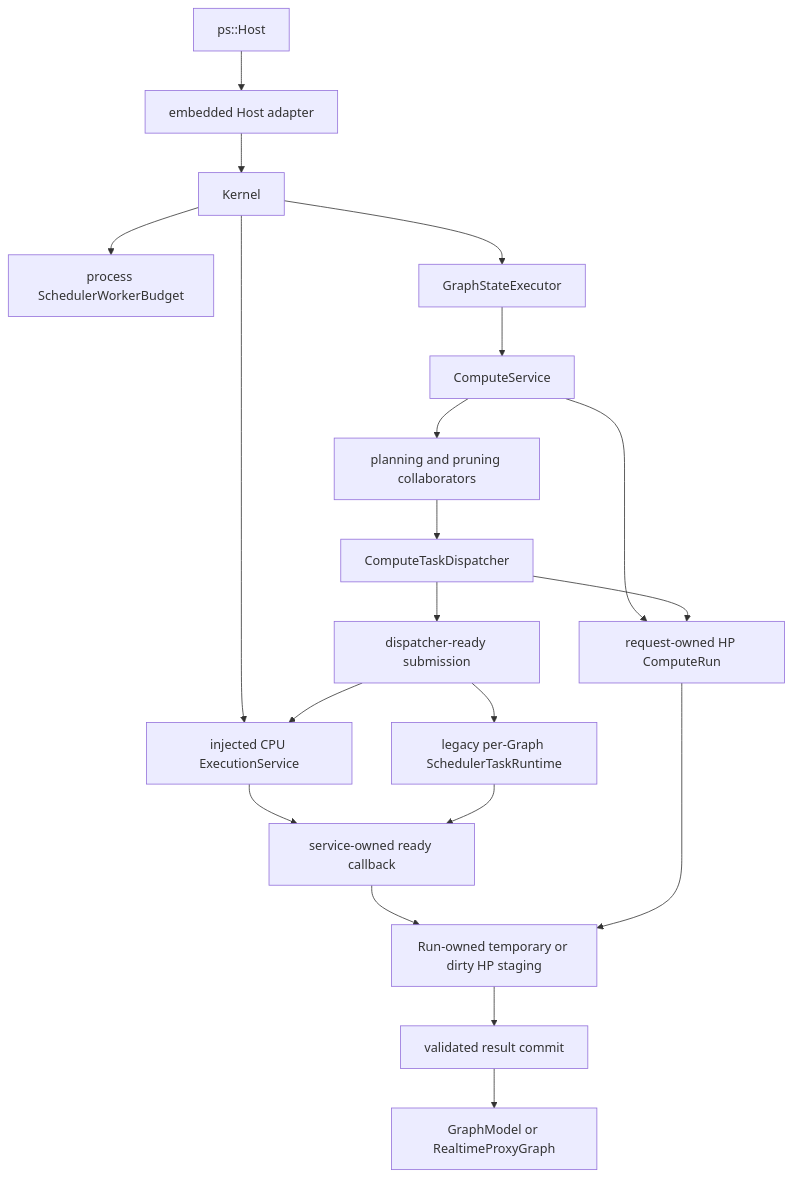
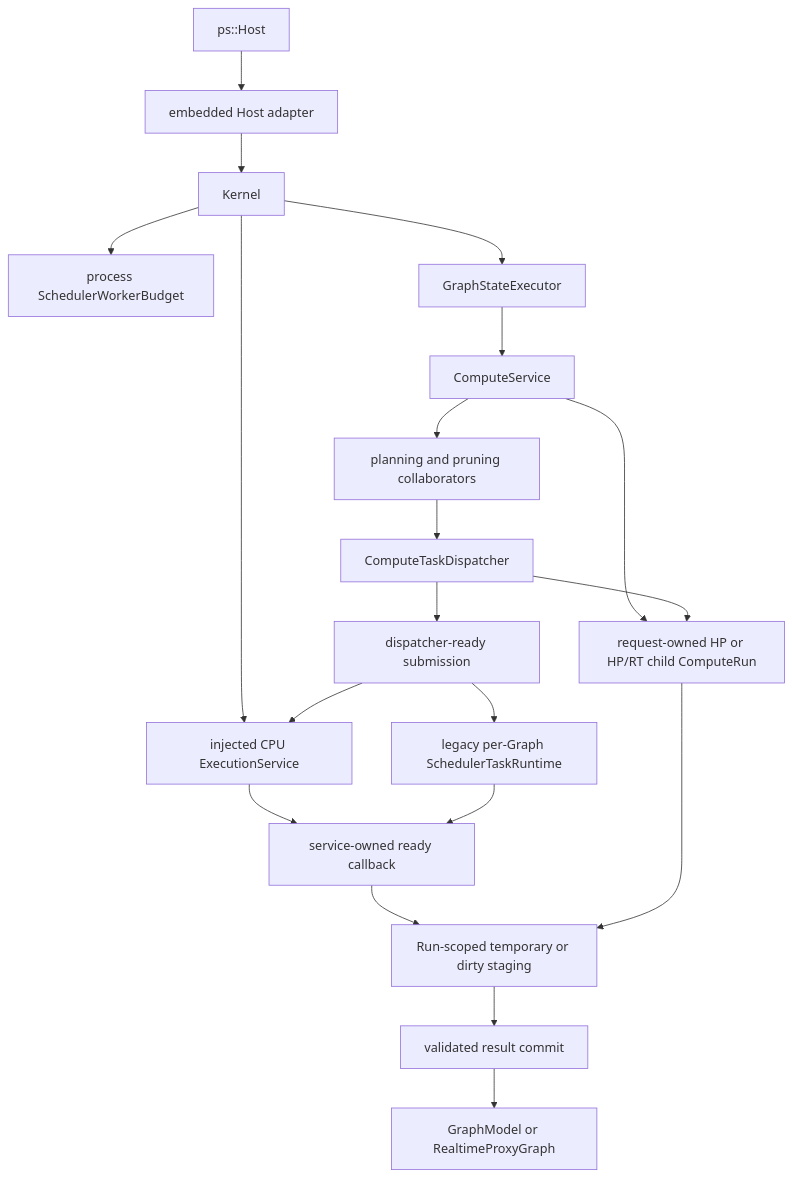
The diagram in docs/kernel-architecture/Compute-Boundaries.md (kevin-zf1123/photospider), drawn with Mermaid before and after one commit. The commit also changed other lines of this file and 44 other files, not shown here.

````diff
--- a/docs/kernel-architecture/Compute-Boundaries.md
+++ b/docs/kernel-architecture/Compute-Boundaries.md
@@ -24,22 +24,22 @@
 ```mermaid
 flowchart TD
   HOST["ps::Host"] --> ADAPTER["embedded Host adapter"]
   ADAPTER --> KERNEL["Kernel"]
   KERNEL --> BUDGET["process SchedulerWorkerBudget"]
   KERNEL --> EXEC["injected CPU ExecutionService"]
   KERNEL --> GSE["GraphStateExecutor"]
   GSE --> SERVICE["ComputeService"]
-  SERVICE --> RUN["request-owned HP ComputeRun"]
+  SERVICE --> RUN["request-owned HP or HP/RT child ComputeRun"]
   SERVICE --> PLAN["planning and pruning collaborators"]
   PLAN --> DISPATCH["ComputeTaskDispatcher"]
   DISPATCH --> RUN
   DISPATCH --> READY["dispatcher-ready submission"]
   READY --> EXEC
   READY --> RUNTIME["legacy per-Graph SchedulerTaskRuntime"]
   EXEC --> CALLBACK["service-owned ready callback"]
   RUNTIME --> CALLBACK
-  CALLBACK --> TEMP["Run-owned temporary or dirty HP staging"]
+  CALLBACK --> TEMP["Run-scoped temporary or dirty staging"]
   RUN --> TEMP
   TEMP --> COMMIT["validated result commit"]
   COMMIT --> GRAPH["GraphModel or RealtimeProxyGraph"]
 ```
````
